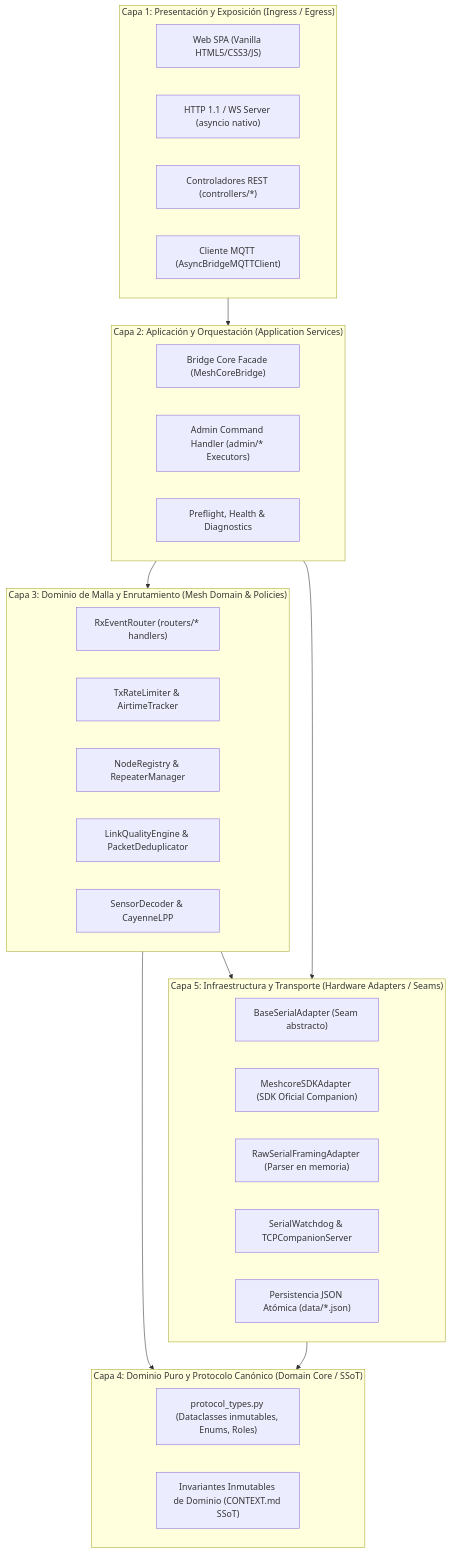
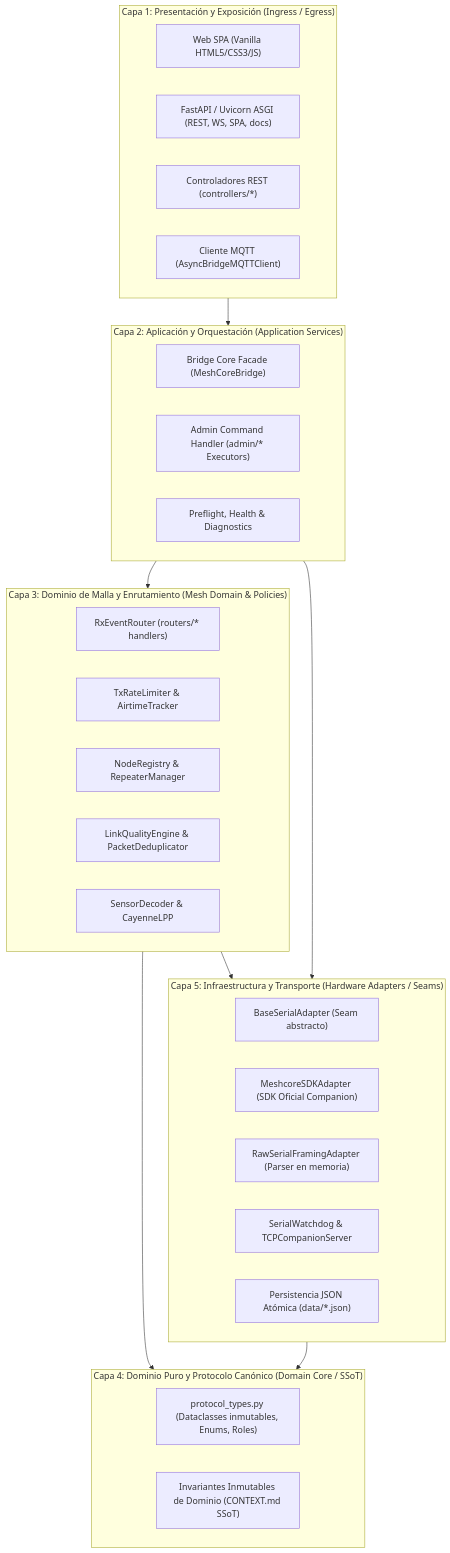
One commit to cyber89/meshcore-bridge-client changed the first of 7 diagrams in docs/ARCHITECTURE.md. Above: the diagram before and after it, drawn with Mermaid. The commit also changed other lines of this file and 24 other files, not shown here.

````diff
--- a/docs/ARCHITECTURE.md
+++ b/docs/ARCHITECTURE.md
@@ -35,48 +39,48 @@
 ```mermaid
 flowchart TB
     subgraph L1 ["Capa 1: Presentación y Exposición (Ingress / Egress)"]
         direction LR
         UI["Web SPA (Vanilla HTML5/CSS3/JS)"]
-        HTTP["HTTP 1.1 / WS Server (asyncio nativo)"]
+        HTTP["FastAPI / Uvicorn ASGI (REST, WS, SPA, docs)"]
         Controllers["Controladores REST (controllers/*)"]
         MQTT_Ext["Cliente MQTT (AsyncBridgeMQTTClient)"]
     end
 
     subgraph L2 ["Capa 2: Aplicación y Orquestación (Application Services)"]
         direction LR
         Facade["Bridge Core Facade (MeshCoreBridge)"]
         AdminHandler["Admin Command Handler (admin/* Executors)"]
         Lifecycle["Preflight, Health & Diagnostics"]
     end
 
     subgraph L3 ["Capa 3: Dominio de Malla y Enrutamiento (Mesh Domain & Policies)"]
         direction LR
         Router["RxEventRouter (routers/* handlers)"]
         RateLimiter["TxRateLimiter & AirtimeTracker"]
         Managers["NodeRegistry & RepeaterManager"]
         Engines["LinkQualityEngine & PacketDeduplicator"]
         Decoders["SensorDecoder & CayenneLPP"]
     end
 
     subgraph L4 ["Capa 4: Dominio Puro y Protocolo Canónico (Domain Core / SSoT)"]
         direction LR
         ProtTypes["protocol_types.py (Dataclasses inmutables, Enums, Roles)"]
         Invariants["Invariantes Inmutables de Dominio (CONTEXT.md SSoT)"]
     end
 
     subgraph L5 ["Capa 5: Infraestructura y Transporte (Hardware Adapters / Seams)"]
         direction LR
         BaseAdapter["BaseSerialAdapter (Seam abstracto)"]
         SDKAdapter["MeshcoreSDKAdapter (SDK Oficial Companion)"]
         RawAdapter["RawSerialFramingAdapter (Parser en memoria)"]
         Drivers["SerialWatchdog & TCPCompanionServer"]
         Storage["Persistencia JSON Atómica (data/*.json)"]
     end
 
     L1 --> L2
     L2 --> L3
     L3 --> L4
     L2 --> L5
     L3 --> L5
     L5 --> L4
 ```
````
